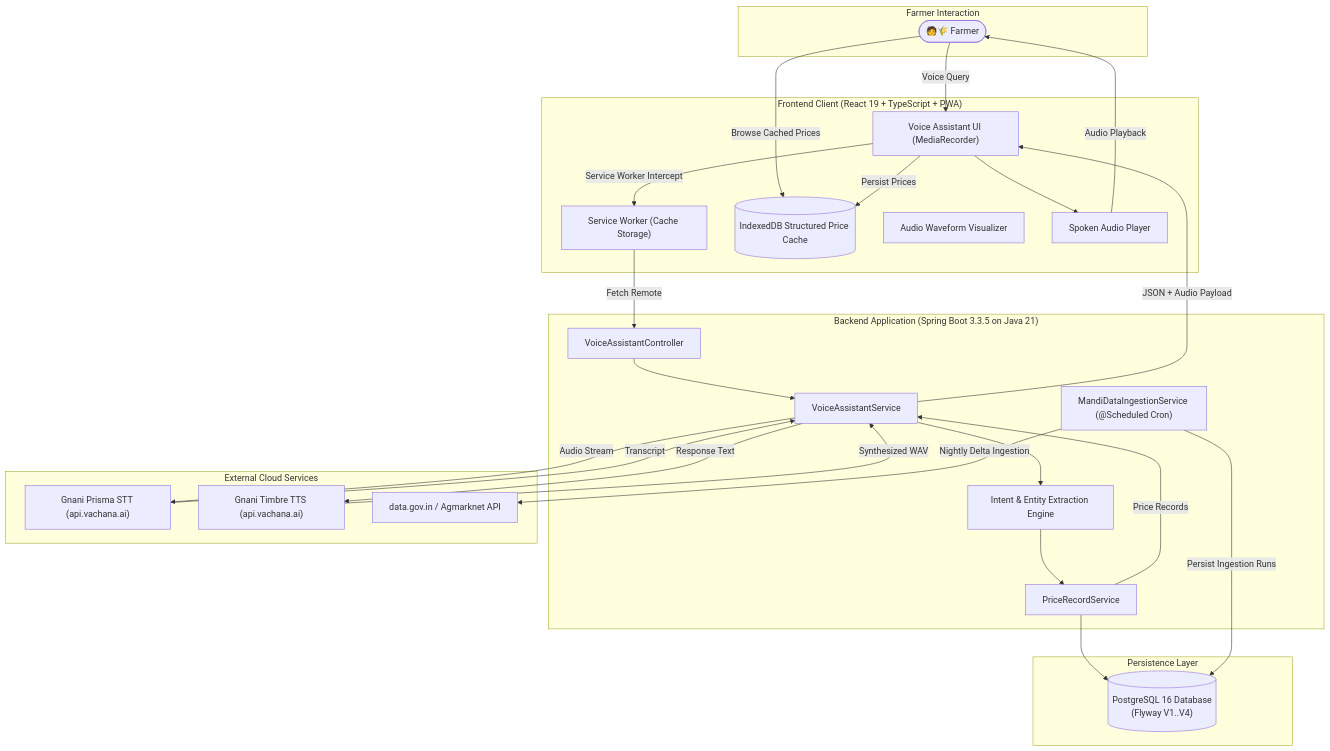
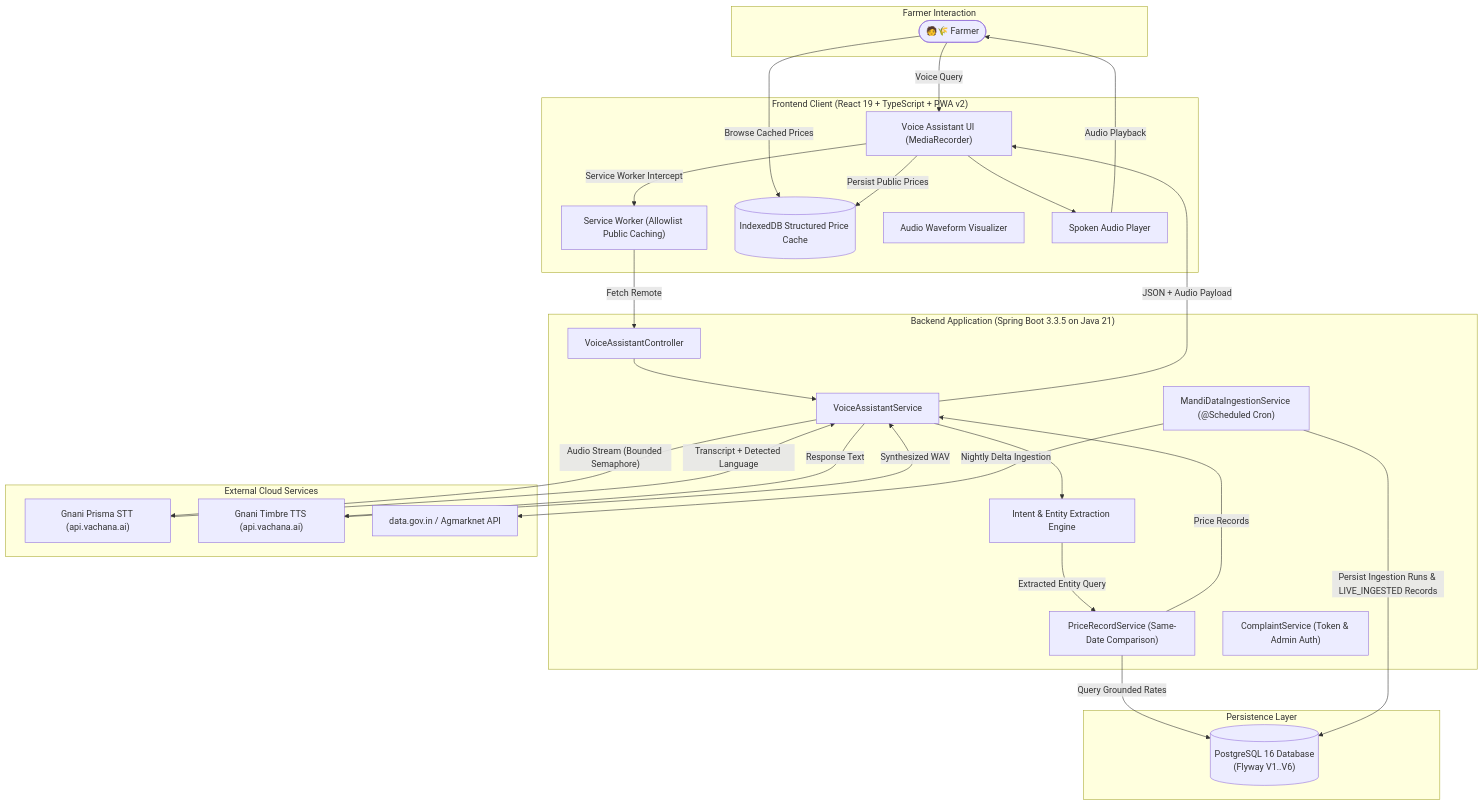
The diagram in README.md (Ritesh7009/MandiSaathi), drawn with Mermaid before and after one commit. The commit also changed other lines of this file and 41 other files, not shown here.

````diff
--- a/README.md
+++ b/README.md
@@ -75,52 +75,53 @@
 ```mermaid
 flowchart TD
     subgraph FarmerUser["Farmer Interaction"]
         Farmer(["🧑🌾 Farmer"])
     end
 
-    subgraph Presentation["Frontend Client (React 19 + TypeScript + PWA)"]
+    subgraph Presentation["Frontend Client (React 19 + TypeScript + PWA v2)"]
         UI["Voice Assistant UI (MediaRecorder)"]
-        SW["Service Worker (Cache Storage)"]
+        SW["Service Worker (Allowlist Public Caching)"]
         IDB[("IndexedDB Structured Price Cache")]
         Visualizer["Audio Waveform Visualizer"]
         Player["Spoken Audio Player"]
     end
 
     subgraph Application["Backend Application (Spring Boot 3.3.5 on Java 21)"]
         VoiceCtrl["VoiceAssistantController"]
         VoiceSvc["VoiceAssistantService"]
         NLPEngine["Intent & Entity Extraction Engine"]
-        PriceSvc["PriceRecordService"]
+        PriceSvc["PriceRecordService (Same-Date Comparison)"]
+        ComplaintSvc["ComplaintService (Token & Admin Auth)"]
         IngestSvc["MandiDataIngestionService (@Scheduled Cron)"]
     end
 
     subgraph Data["Persistence Layer"]
-        Postgres[("PostgreSQL 16 Database\n(Flyway V1..V4)")]
+        Postgres[("PostgreSQL 16 Database\n(Flyway V1..V6)")]
     end
 
     subgraph External["External Cloud Services"]
         PrismaSTT["Gnani Prisma STT (api.vachana.ai)"]
         TimbreTTS["Gnani Timbre TTS (api.vachana.ai)"]
         Agmarknet["data.gov.in / Agmarknet API"]
     end
 
-    Farmer -->|Voice Query| UI
-    Farmer -->|Browse Cached Prices| IDB
-    UI -->|Service Worker Intercept| SW
-    SW -->|Fetch Remote| VoiceCtrl
+    Farmer -->|"Voice Query"| UI
+    Farmer -->|"Browse Cached Prices"| IDB
+    UI -->|"Service Worker Intercept"| SW
+    SW -->|"Fetch Remote"| VoiceCtrl
     VoiceCtrl --> VoiceSvc
-    VoiceSvc -->|Audio Stream| PrismaSTT
-    PrismaSTT -->|Transcript| VoiceSvc
+    VoiceSvc -->|"Audio Stream (Bounded Semaphore)"| PrismaSTT
+    PrismaSTT -->|"Transcript + Detected Language"| VoiceSvc
     VoiceSvc --> NLPEngine
-    NLPEngine --> PriceSvc
-    PriceSvc --> Postgres
-    PriceSvc -->|Price Records| VoiceSvc
-    VoiceSvc -->|Response Text| TimbreTTS
-    TimbreTTS -->|Synthesized WAV| VoiceSvc
-    VoiceSvc -->|JSON + Audio Payload| UI
-    UI -->|Persist Prices| IDB
+    NLPEngine -->|"Extracted Entity Query"| PriceSvc
+    PriceSvc -->|"Query Grounded Rates"| Postgres
+    PriceSvc -->|"Price Records"| VoiceSvc
+    VoiceSvc -->|"Response Text"| TimbreTTS
+    TimbreTTS -->|"Synthesized WAV"| VoiceSvc
+    VoiceSvc -->|"JSON + Audio Payload"| UI
+    UI -->|"Persist Public Prices"| IDB
     UI --> Player
-    Player -->|Audio Playback| Farmer
-    IngestSvc -->|Nightly Delta Ingestion| Agmarknet
-    IngestSvc -->|Persist Ingestion Runs| Postgres
+    Player -->|"Audio Playback"| Farmer
+    IngestSvc -->|"Nightly Delta Ingestion"| Agmarknet
+    IngestSvc -->|"Persist Ingestion Runs & LIVE_INGESTED Records"| Postgres
 ```
````
